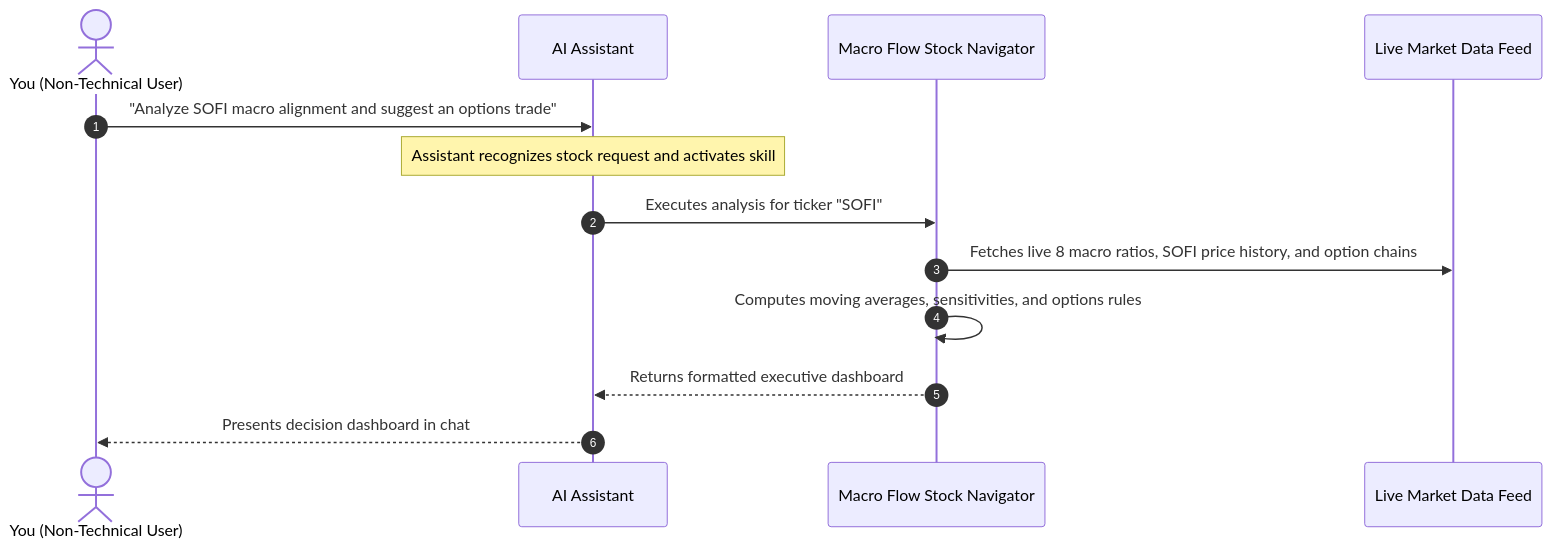
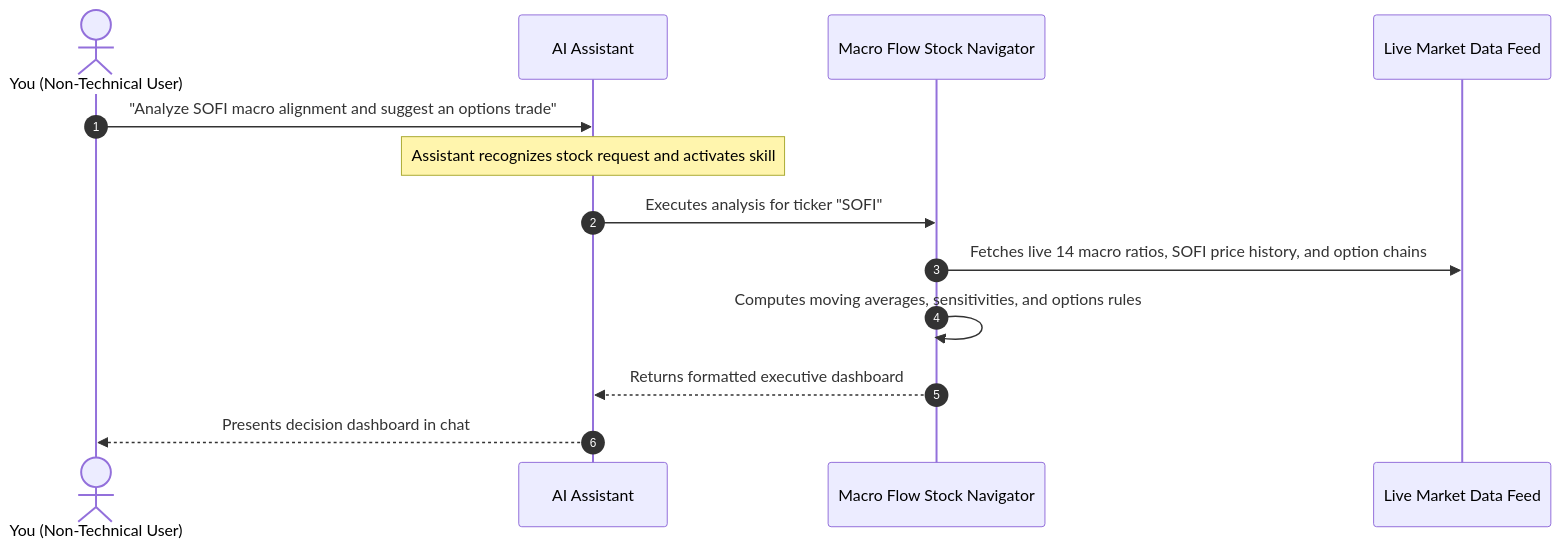
The diagram in README.md (terravic/macro-flow-stock-navigator-skill), drawn with Mermaid before and after one commit. The commit also changed other lines of this file and 13 other files, not shown here.

````diff
--- a/README.md
+++ b/README.md
@@ -85,16 +88,16 @@
 ```mermaid
 sequenceDiagram
     autonumber
     actor User as You (Non-Technical User)
     participant Agent as AI Assistant
     participant Tool as Macro Flow Stock Navigator
     participant Feed as Live Market Data Feed
     
     User->>Agent: "Analyze SOFI macro alignment and suggest an options trade"
     Note over Agent: Assistant recognizes stock request and activates skill
     Agent->>Tool: Executes analysis for ticker "SOFI"
-    Tool->>Feed: Fetches live 8 macro ratios, SOFI price history, and option chains
+    Tool->>Feed: Fetches live 14 macro ratios, SOFI price history, and option chains
     Tool->>Tool: Computes moving averages, sensitivities, and options rules
     Tool-->>Agent: Returns formatted executive dashboard
     Agent-->>User: Presents decision dashboard in chat
 ```
````
